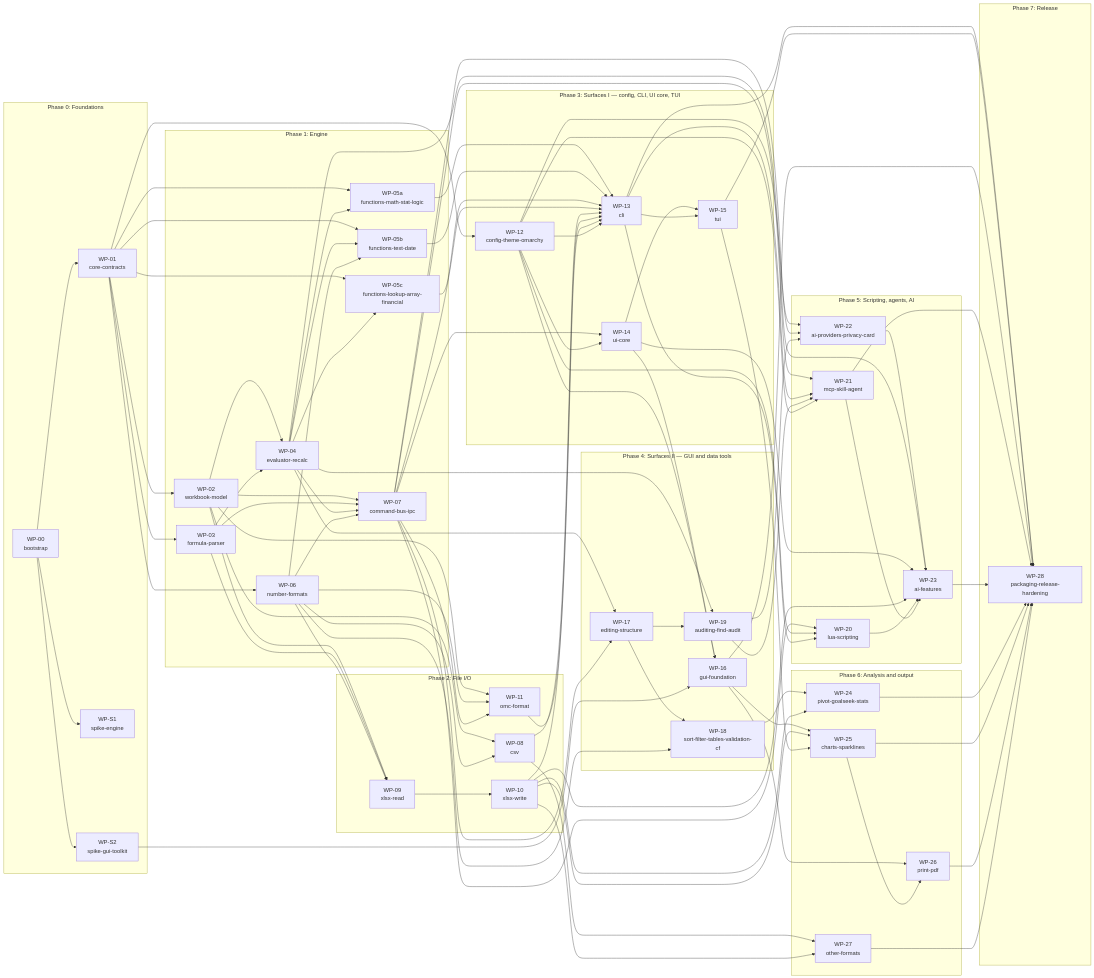
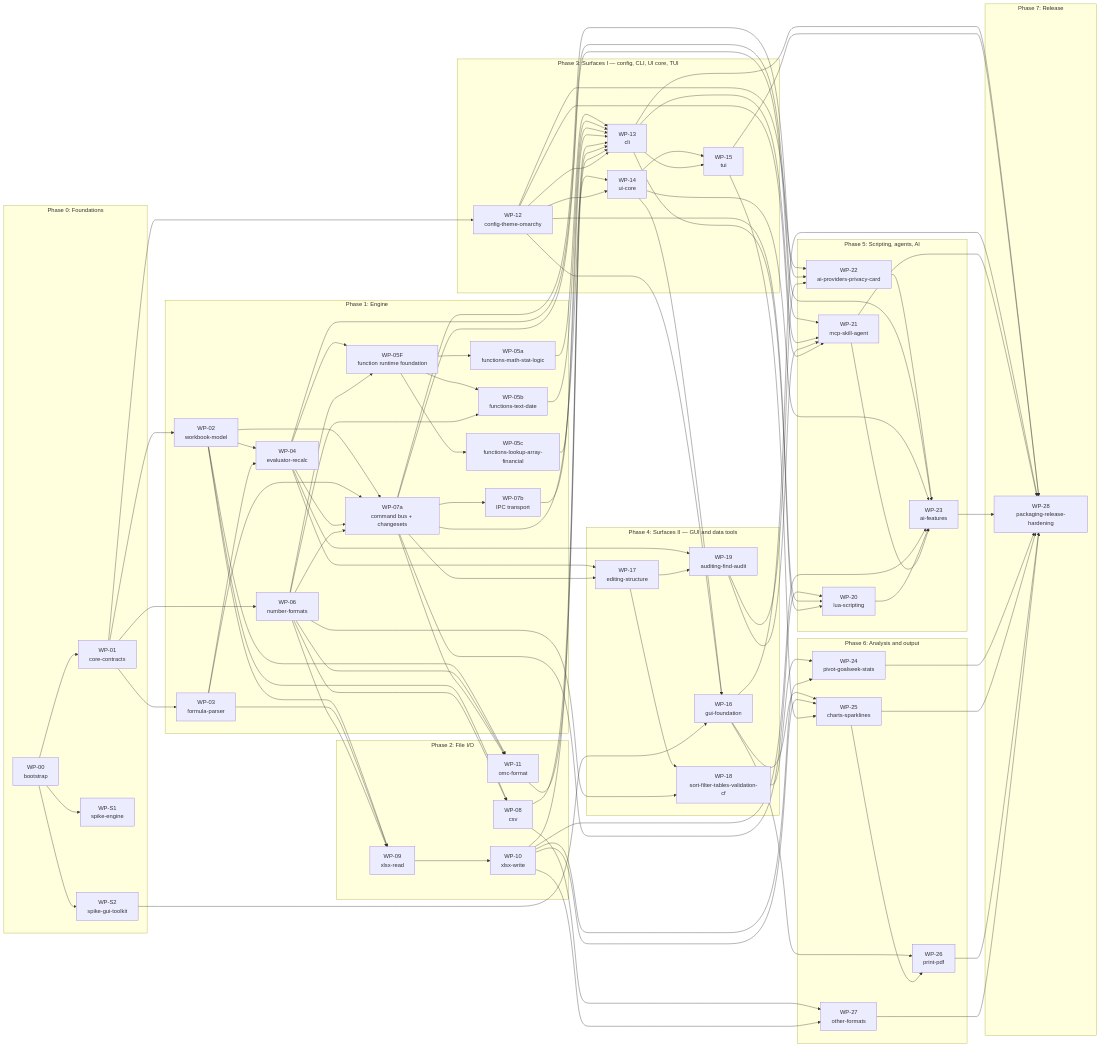
Before and after one commit to sheaduncan/omacell: the diagram in docs/build/PLAN.md, drawn with Mermaid. The commit also changed other lines of this file and 32 other files, not shown here.

```diff
--- a/docs/build/PLAN.md
+++ b/docs/build/PLAN.md
@@ -84,11 +93,13 @@
     WP_02["WP-02<br/>workbook-model"]
     WP_03["WP-03<br/>formula-parser"]
     WP_04["WP-04<br/>evaluator-recalc"]
+    WP_05F["WP-05F<br/>function runtime foundation"]
     WP_05a["WP-05a<br/>functions-math-stat-logic"]
     WP_05b["WP-05b<br/>functions-text-date"]
     WP_05c["WP-05c<br/>functions-lookup-array-financial"]
     WP_06["WP-06<br/>number-formats"]
-    WP_07["WP-07<br/>command-bus-ipc"]
+    WP_07a["WP-07a<br/>command bus + changesets"]
+    WP_07b["WP-07b<br/>IPC transport"]
   end
   subgraph P2["Phase 2: File I/O"]
     WP_08["WP-08<br/>csv"]
@@ -130,18 +141,18 @@
   WP_01 --> WP_03
   WP_02 --> WP_04
   WP_03 --> WP_04
-  WP_01 --> WP_05a
-  WP_04 --> WP_05a
-  WP_01 --> WP_05b
-  WP_04 --> WP_05b
+  WP_01 --> WP_06
+  WP_04 --> WP_05F
+  WP_06 --> WP_05F
+  WP_05F --> WP_05a
+  WP_05F --> WP_05b
+  WP_05F --> WP_05c
   WP_06 --> WP_05b
-  WP_01 --> WP_05c
-  WP_04 --> WP_05c
-  WP_01 --> WP_06
-  WP_02 --> WP_07
-  WP_03 --> WP_07
-  WP_04 --> WP_07
-  WP_06 --> WP_07
+  WP_02 --> WP_07a
+  WP_03 --> WP_07a
+  WP_04 --> WP_07a
+  WP_06 --> WP_07a
+  WP_07a --> WP_07b
   WP_02 --> WP_08
   WP_06 --> WP_08
   WP_02 --> WP_09
@@ -150,17 +161,17 @@
   WP_09 --> WP_10
   WP_02 --> WP_11
   WP_06 --> WP_11
-  WP_07 --> WP_11
+  WP_07a --> WP_11
   WP_01 --> WP_12
   WP_05a --> WP_13
   WP_05b --> WP_13
   WP_05c --> WP_13
-  WP_07 --> WP_13
+  WP_07b --> WP_13
   WP_08 --> WP_13
   WP_10 --> WP_13
   WP_11 --> WP_13
   WP_12 --> WP_13
-  WP_07 --> WP_14
+  WP_07a --> WP_14
   WP_12 --> WP_14
   WP_14 --> WP_15
   WP_13 --> WP_15
@@ -168,20 +179,20 @@
   WP_12 --> WP_16
   WP_S2 --> WP_16
   WP_04 --> WP_17
-  WP_07 --> WP_17
+  WP_07a --> WP_17
   WP_17 --> WP_18
   WP_06 --> WP_18
   WP_04 --> WP_19
   WP_17 --> WP_19
-  WP_07 --> WP_20
+  WP_07a --> WP_20
   WP_12 --> WP_20
   WP_13 --> WP_20
-  WP_07 --> WP_21
+  WP_07a --> WP_21
   WP_13 --> WP_21
   WP_19 --> WP_21
   WP_12 --> WP_21
   WP_12 --> WP_22
-  WP_07 --> WP_22
+  WP_07a --> WP_22
   WP_19 --> WP_22
   WP_22 --> WP_23
   WP_04 --> WP_23
```
